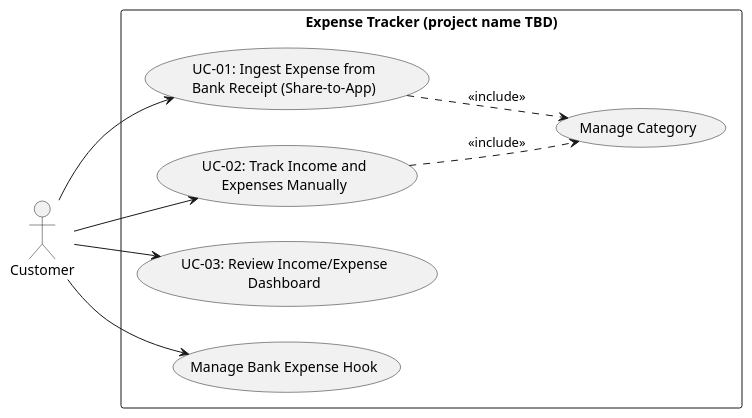
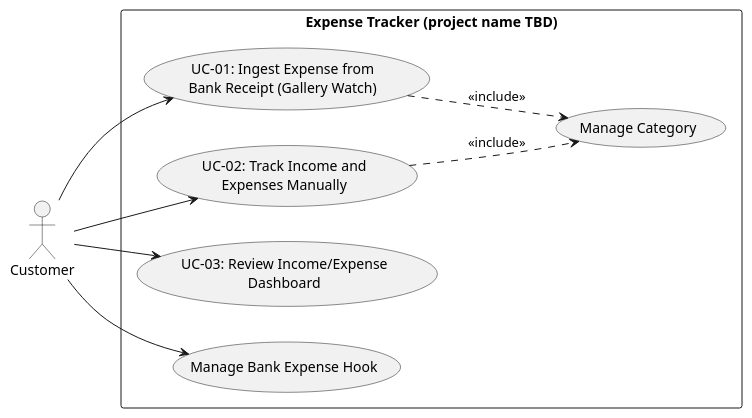
Before and after one commit to moomaideng/bogbank: the diagram in docs/use-case-diagram.puml, drawn with PlantUML. The commit also changed 7 other files, not shown here.

Commit message:
docs: change requirement to watch media gallery instead of os share sheet

```diff
--- a/docs/use-case-diagram.puml
+++ b/docs/use-case-diagram.puml
@@ -1,22 +1,22 @@
 @startuml use-case-diagram
 left to right direction
 
 actor Customer
 
 rectangle "Expense Tracker (project name TBD)" {
-  usecase "UC-01: Ingest Expense from\nBank Receipt (Share-to-App)" as UC01
+  usecase "UC-01: Ingest Expense from\nBank Receipt (Gallery Watch)" as UC01
   usecase "UC-02: Track Income and\nExpenses Manually" as UC02
   usecase "UC-03: Review Income/Expense\nDashboard" as UC03
   usecase "Manage Bank Expense Hook" as UCHook
   usecase "Manage Category" as UCCat
 }
 
 Customer --> UC01
 Customer --> UC02
 Customer --> UC03
 Customer --> UCHook
 
 UC01 ..> UCCat : <<include>>
 UC02 ..> UCCat : <<include>>
 
 @enduml
```
